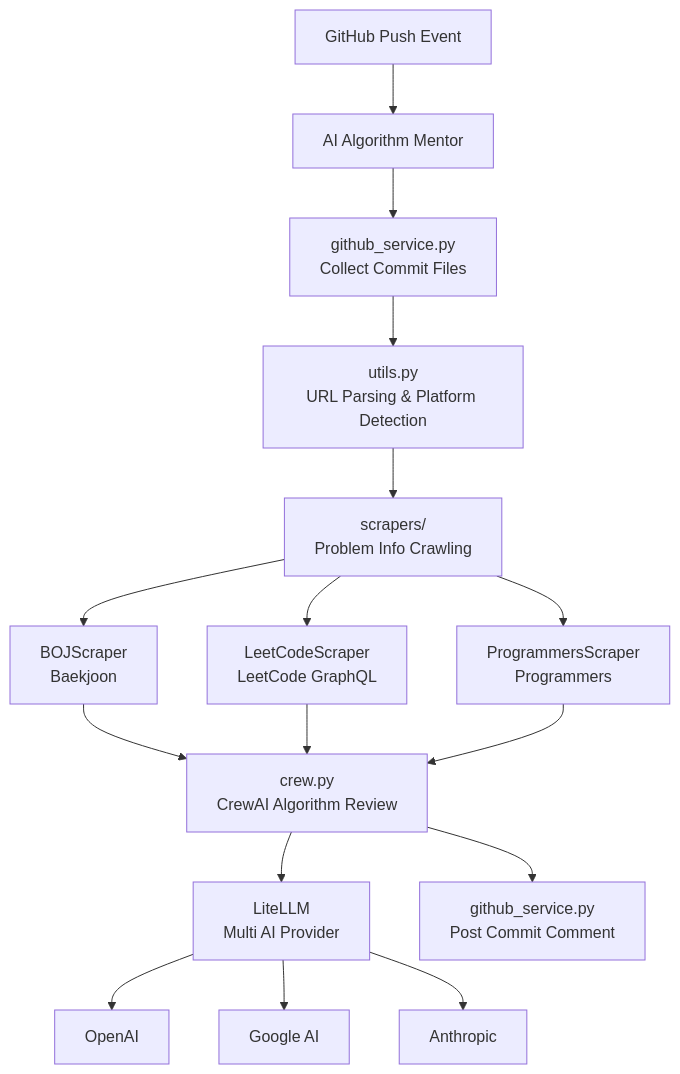
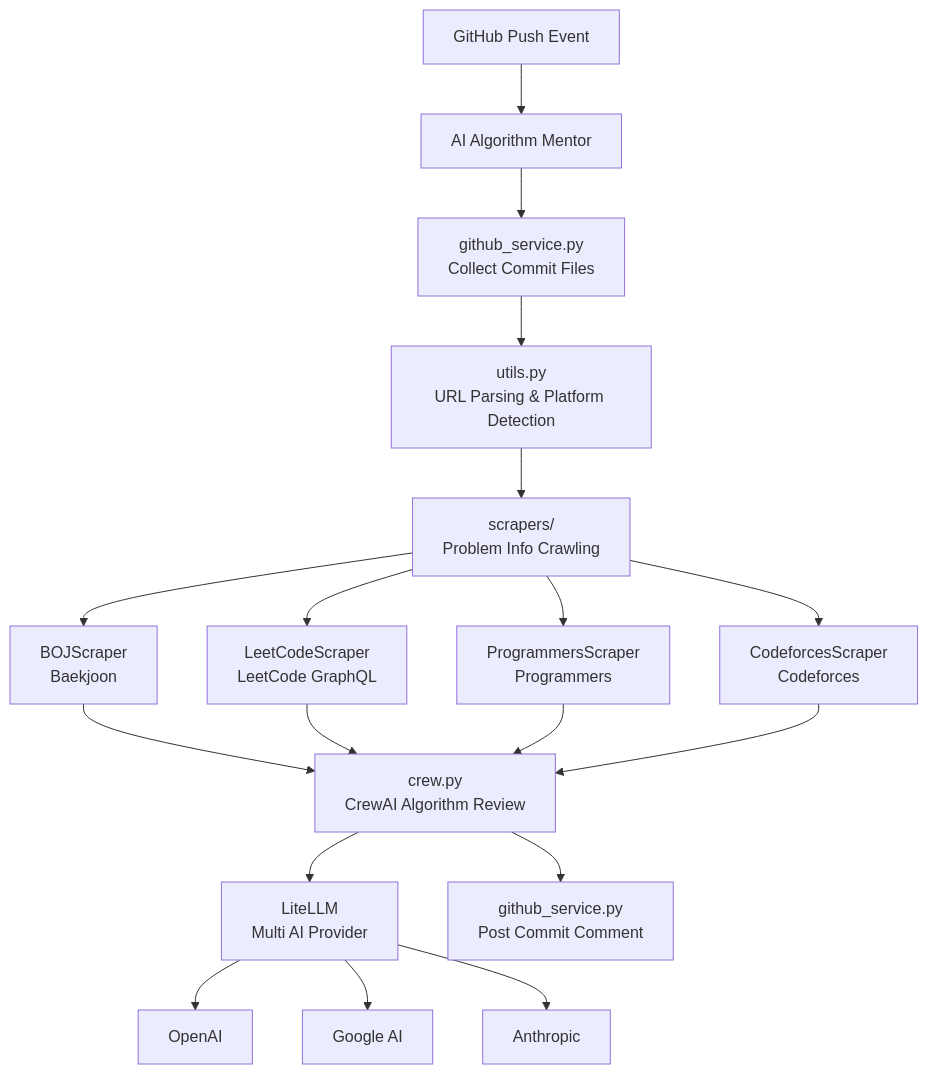
One commit to actions-marketplace-validations/choam2426_AI-Algorithm-Mentor changed the diagram in README_EN.md. Above: the diagram before and after it, drawn with Mermaid. The commit also changed other lines of this file and 4 other files, not shown here.

First line of the commit message:
feat: add Codeforces scraper support

````diff
--- a/README_EN.md
+++ b/README_EN.md
@@ -152,20 +160,21 @@
 ```mermaid
 graph TD
     A[GitHub Push Event] --> B[AI Algorithm Mentor]
     B --> C[github_service.py<br/>Collect Commit Files]
     C --> D[utils.py<br/>URL Parsing & Platform Detection]
     D --> E[scrapers/<br/>Problem Info Crawling]
     
     E --> E1[BOJScraper<br/>Baekjoon]
     E --> E2[LeetCodeScraper<br/>LeetCode GraphQL]
     E --> E3[ProgrammersScraper<br/>Programmers]
+    E --> E4[CodeforcesScraper<br/>Codeforces]
     
-    E1 & E2 & E3 --> F[crew.py<br/>CrewAI Algorithm Review]
+    E1 & E2 & E3 & E4 --> F[crew.py<br/>CrewAI Algorithm Review]
     
     F --> G[LiteLLM<br/>Multi AI Provider]
     G --> G1[OpenAI]
     G --> G2[Google AI]
     G --> G3[Anthropic]
     
     F --> H[github_service.py<br/>Post Commit Comment]
 ```
````
